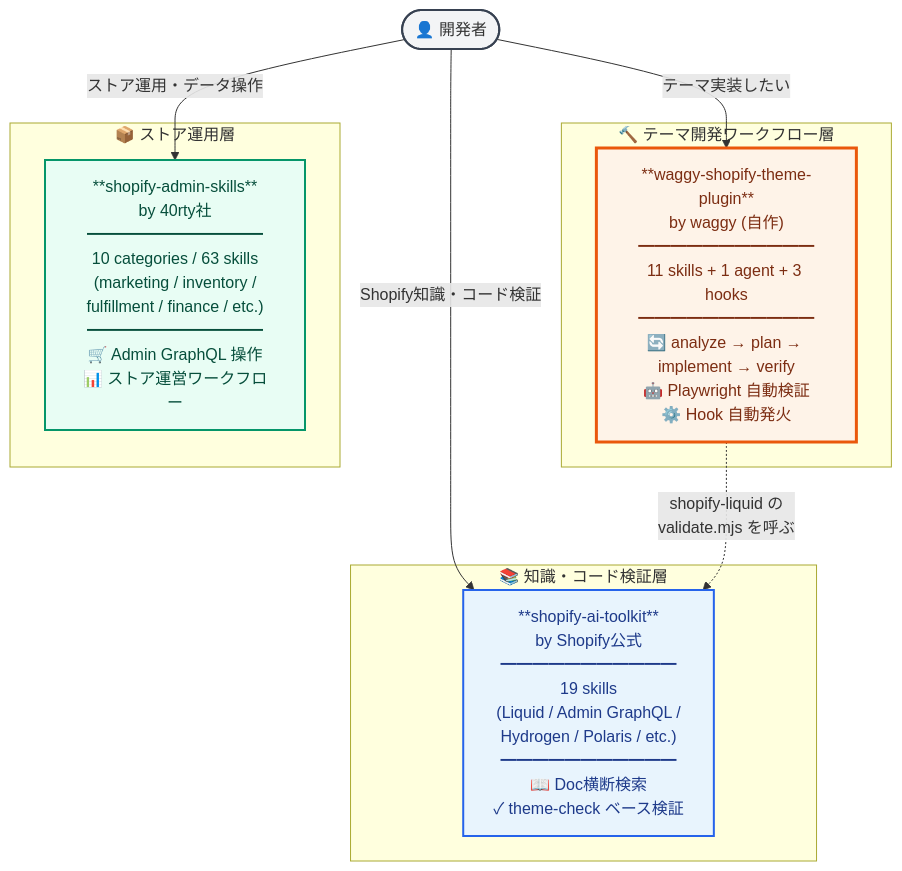
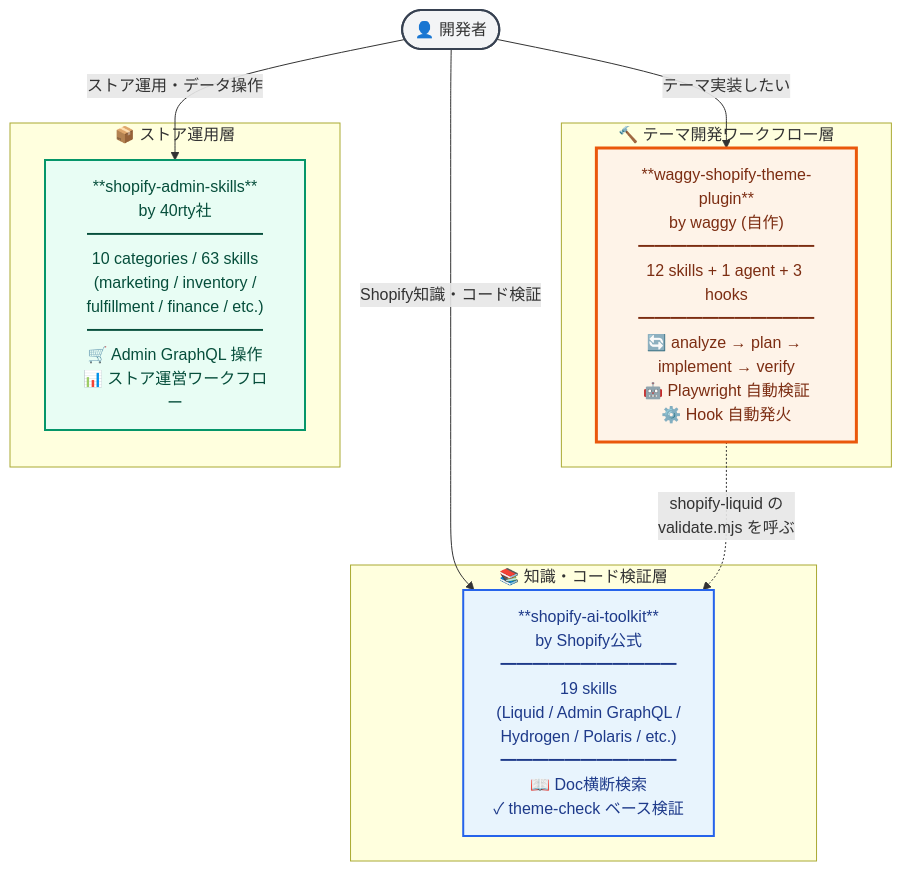
The first of 3 diagrams in docs/architecture.md (Hiromu-Private/waggy-shopify-theme-plugin), drawn with Mermaid before and after one commit. The commit also changed other lines of this file and 4 other files, not shown here.

````diff
--- a/docs/architecture.md
+++ b/docs/architecture.md
@@ -11,32 +11,32 @@
 ```mermaid
 graph TB
     User([👤 開発者])
 
     subgraph Knowledge["📚 知識・コード検証層"]
         AIToolkit["**shopify-ai-toolkit**<br/>by Shopify公式<br/>━━━━━━━━━━━<br/>19 skills<br/>(Liquid / Admin GraphQL /<br/>Hydrogen / Polaris / etc.)<br/>━━━━━━━━━━━<br/>📖 Doc横断検索<br/>✓ theme-check ベース検証"]
     end
 
     subgraph Workflow["🔨 テーマ開発ワークフロー層"]
-        Waggy["**waggy-shopify-theme-plugin**<br/>by waggy (自作)<br/>━━━━━━━━━━━<br/>11 skills + 1 agent + 3 hooks<br/>━━━━━━━━━━━<br/>🔄 analyze → plan → implement → verify<br/>🤖 Playwright 自動検証<br/>⚙️ Hook 自動発火"]
+        Waggy["**waggy-shopify-theme-plugin**<br/>by waggy (自作)<br/>━━━━━━━━━━━<br/>12 skills + 1 agent + 3 hooks<br/>━━━━━━━━━━━<br/>🔄 analyze → plan → implement → verify<br/>🤖 Playwright 自動検証<br/>⚙️ Hook 自動発火"]
     end
 
     subgraph Operation["📦 ストア運用層"]
         Admin["**shopify-admin-skills**<br/>by 40rty社<br/>━━━━━━━━━━━<br/>10 categories / 63 skills<br/>(marketing / inventory /<br/>fulfillment / finance / etc.)<br/>━━━━━━━━━━━<br/>🛒 Admin GraphQL 操作<br/>📊 ストア運営ワークフロー"]
     end
 
     User -->|"テーマ実装したい"| Waggy
     User -->|"Shopify知識・コード検証"| AIToolkit
     User -->|"ストア運用・データ操作"| Admin
 
     Waggy -.->|"shopify-liquid の<br/>validate.mjs を呼ぶ"| AIToolkit
 
     classDef knowledgeBox fill:#e8f4fd,stroke:#2563eb,stroke-width:2px,color:#1e3a8a
     classDef workflowBox fill:#fef3e8,stroke:#ea580c,stroke-width:3px,color:#7c2d12
     classDef operationBox fill:#e8fdf4,stroke:#059669,stroke-width:2px,color:#064e3b
     classDef userBox fill:#f3f4f6,stroke:#374151,stroke-width:2px
 
     class AIToolkit knowledgeBox
     class Waggy workflowBox
     class Admin operationBox
     class User userBox
 ```
````
